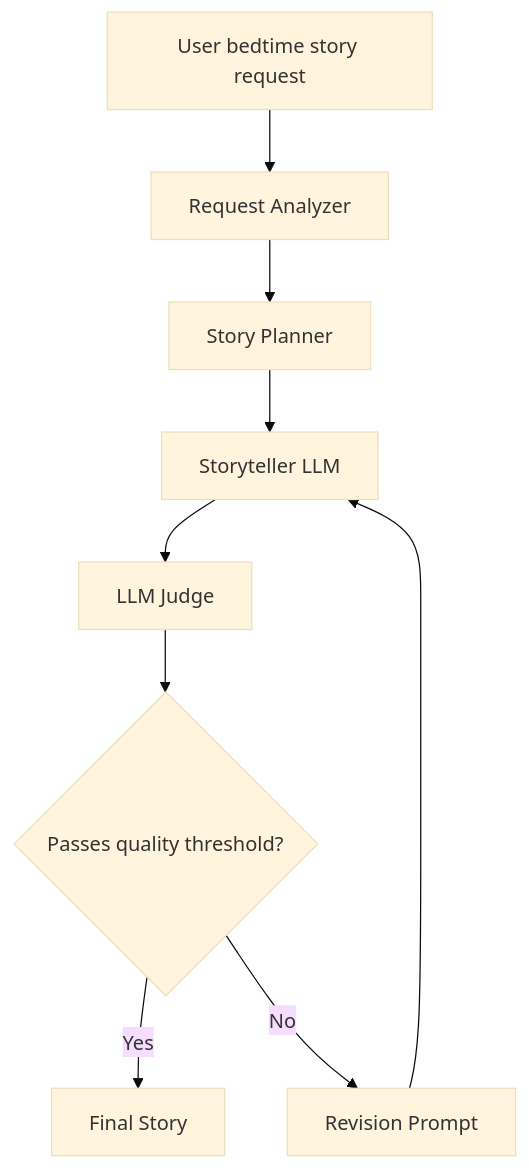
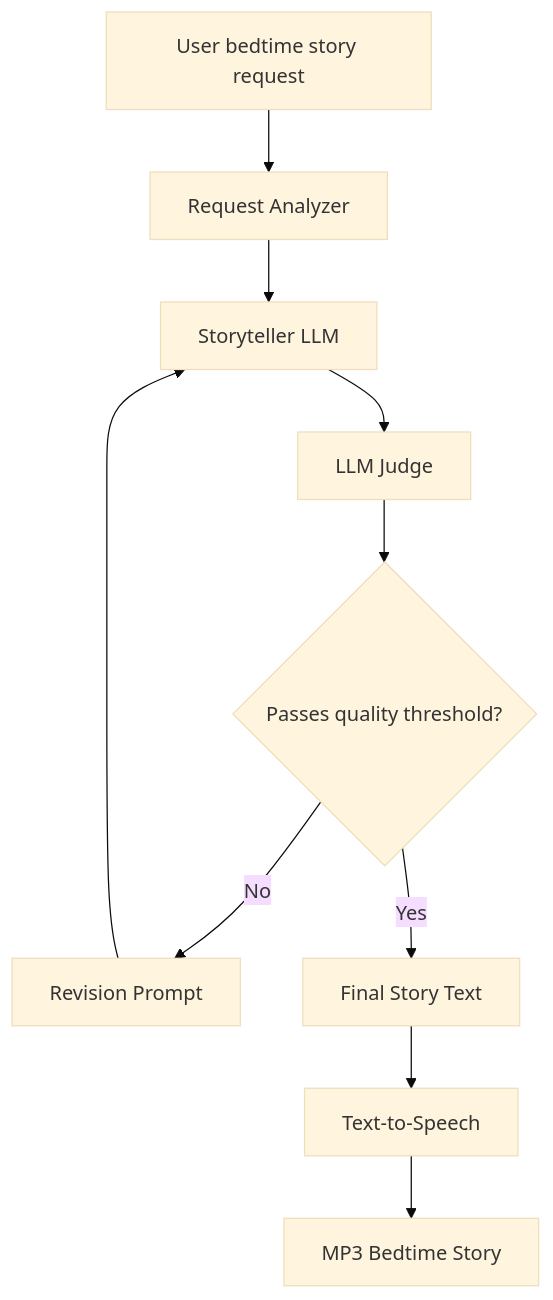
One commit to nova0930/hippo_dazhang changed the diagram in DESIGN.md. Above: the diagram before and after it, drawn with Mermaid (base theme). The commit also changed 4 other files, not shown here.

````diff
--- a/DESIGN.md
+++ b/DESIGN.md
@@ -3,11 +3,12 @@
 ```mermaid
 flowchart TD
     A[User bedtime story request] --> B[Request Analyzer]
-    B --> C[Story Planner]
-    C --> D[Storyteller LLM]
-    D --> E[LLM Judge]
-    E --> F{Passes quality threshold?}
-    F -- Yes --> G[Final Story]
-    F -- No --> H[Revision Prompt]
-    H --> D
+    B --> C[Storyteller LLM]
+    C --> D[LLM Judge]
+    D --> E{Passes quality threshold?}
+    E -- No --> F[Revision Prompt]
+    F --> C
+    E -- Yes --> G[Final Story Text]
+    G --> H[Text-to-Speech]
+    H --> I[MP3 Bedtime Story]
 ```
````
